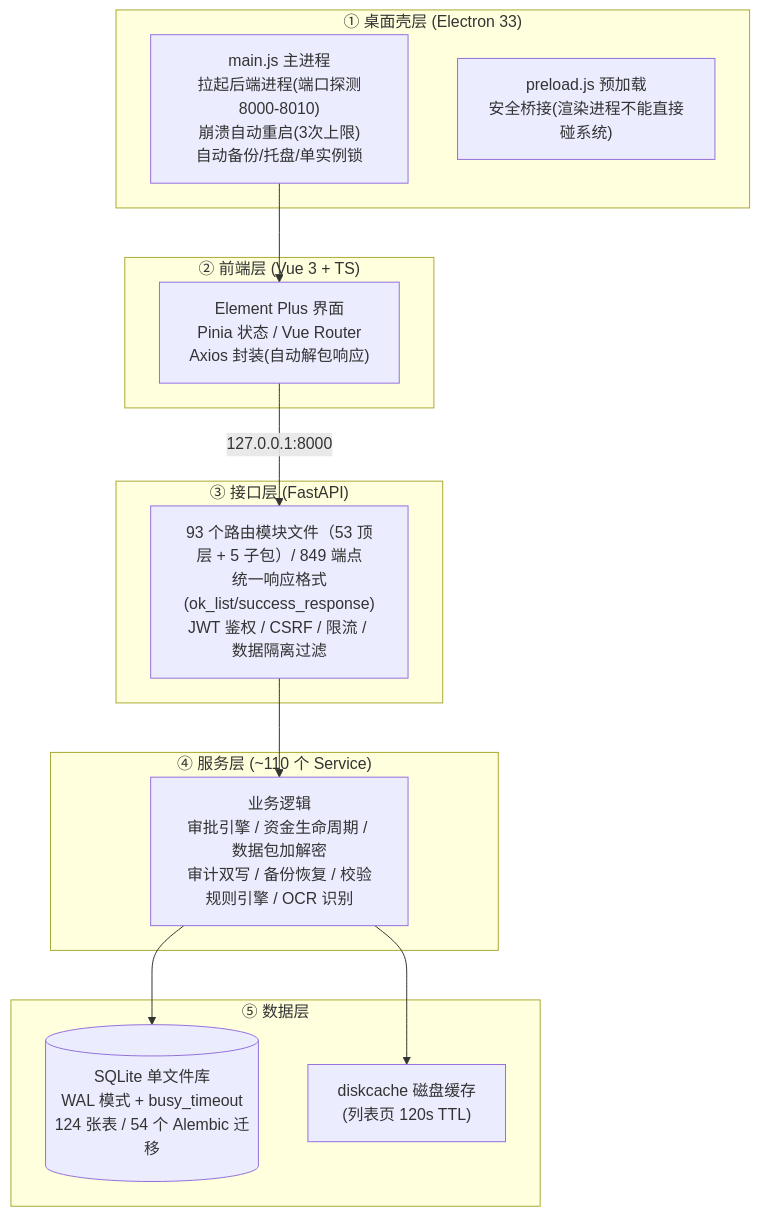
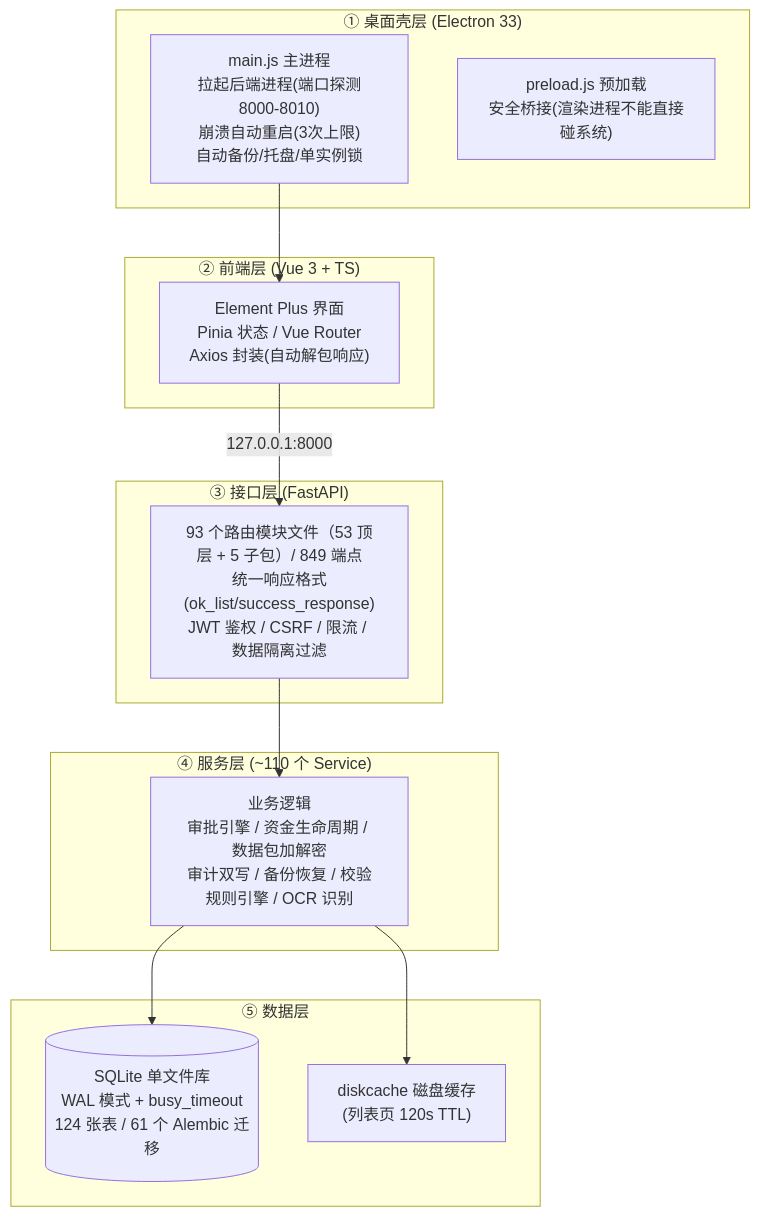
Before and after one commit to lzh745200/MRRS: the diagram in docs/03-开发文档/01-架构设计/系统架构说明.md, drawn with Mermaid. The commit also changed 3 other files, not shown here.

````diff
--- a/docs/03-开发文档/01-架构设计/系统架构说明.md
+++ b/docs/03-开发文档/01-架构设计/系统架构说明.md
@@ -17,25 +17,25 @@
 ```mermaid
 graph TB
     subgraph L1["① 桌面壳层 (Electron 33)"]
         MAIN["main.js 主进程<br/>拉起后端进程(端口探测8000-8010)<br/>崩溃自动重启(3次上限)<br/>自动备份/托盘/单实例锁"]
         PRE["preload.js 预加载<br/>安全桥接(渲染进程不能直接碰系统)"]
     end
     subgraph L2["② 前端层 (Vue 3 + TS)"]
         FE["Element Plus 界面<br/>Pinia 状态 / Vue Router<br/>Axios 封装(自动解包响应)"]
     end
     subgraph L3["③ 接口层 (FastAPI)"]
         API["93 个路由模块文件（53 顶层 + 5 子包）/ 849 端点<br/>统一响应格式(ok_list/success_response)<br/>JWT 鉴权 / CSRF / 限流 / 数据隔离过滤"]
     end
     subgraph L4["④ 服务层 (~110 个 Service)"]
         SVC["业务逻辑<br/>审批引擎 / 资金生命周期 / 数据包加解密<br/>审计双写 / 备份恢复 / 校验规则引擎 / OCR 识别"]
     end
     subgraph L5["⑤ 数据层"]
-        DB[("SQLite 单文件库<br/>WAL 模式 + busy_timeout<br/>124 张表 / 54 个 Alembic 迁移")]
+        DB[("SQLite 单文件库<br/>WAL 模式 + busy_timeout<br/>124 张表 / 61 个 Alembic 迁移")]
         CACHE["diskcache 磁盘缓存<br/>(列表页 120s TTL)"]
     end
     MAIN --> FE
     FE -->|"127.0.0.1:8000"| API
     API --> SVC
     SVC --> DB
     SVC --> CACHE
 ```
````
